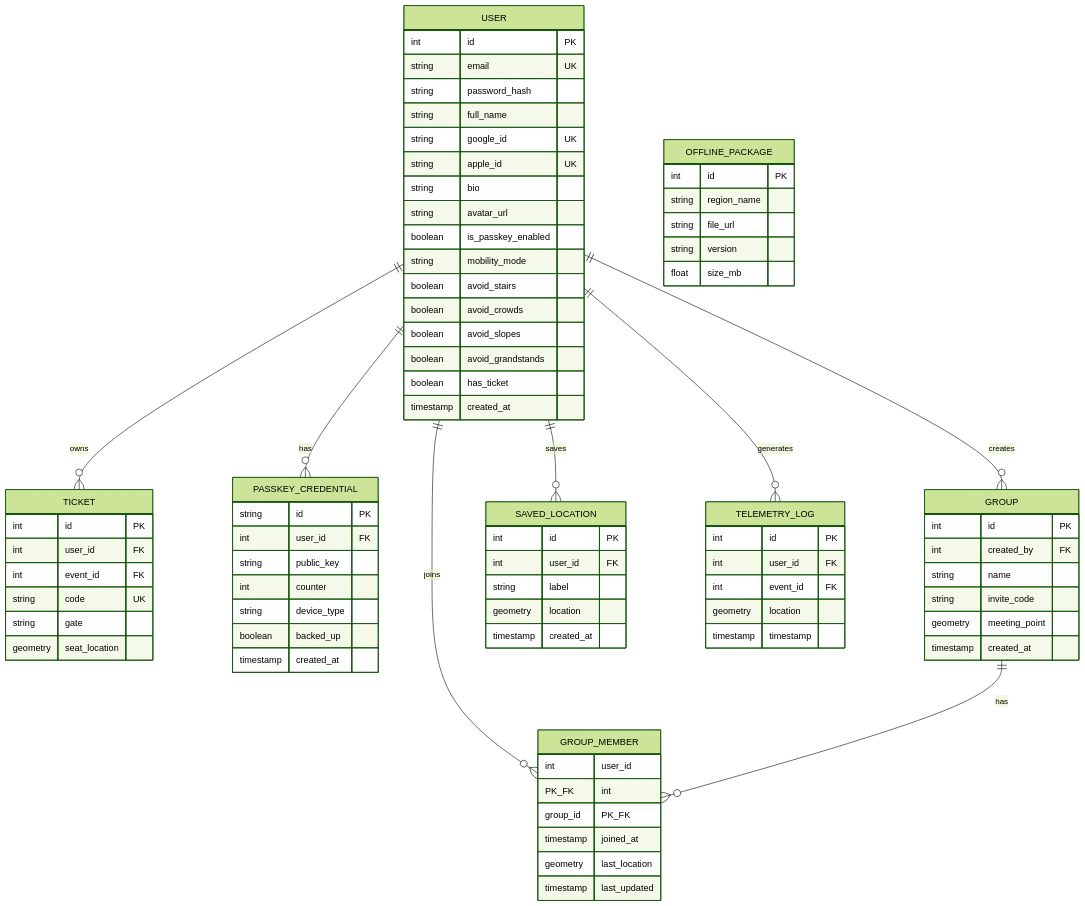
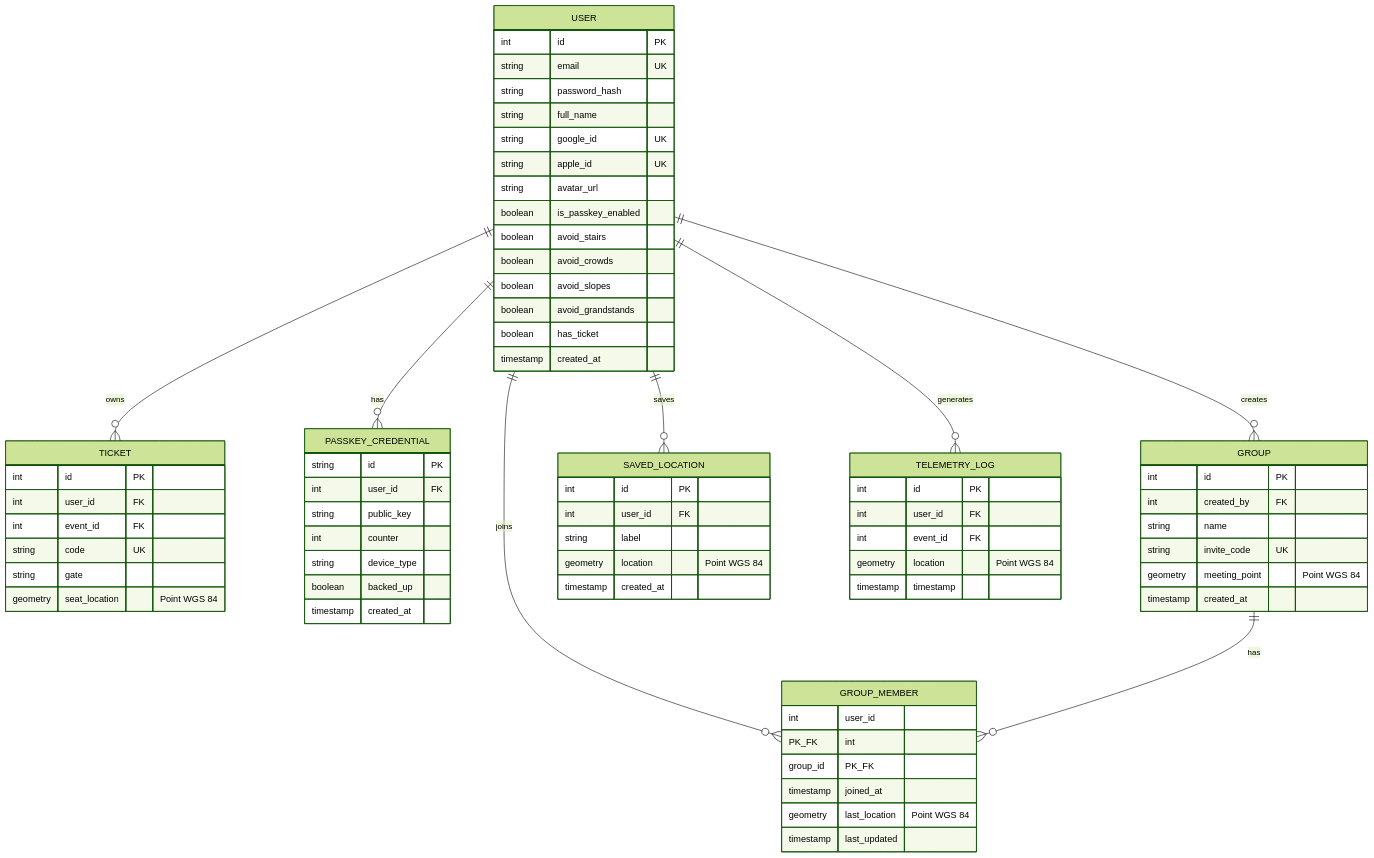
Before and after one commit to lattice-product-team/app_lattice_project: the second of 2 diagrams in apps/docs/pages/architecture/database-schema.mdx, drawn with Mermaid (forest theme). The commit also changed other lines of this file and 9 other files, not shown here.

Commit message:
docs: refactor and expand architectural documentation for class diagrams and monorepo structure

````diff
--- a/apps/docs/pages/architecture/database-schema.mdx
+++ b/apps/docs/pages/architecture/database-schema.mdx
@@ -79,10 +133,8 @@
         string full_name
         string google_id UK
         string apple_id UK
-        string bio
         string avatar_url
         boolean is_passkey_enabled
-        string mobility_mode
         boolean avoid_stairs
         boolean avoid_crowds
         boolean avoid_slopes
@@ -97,7 +149,7 @@
         int event_id FK
         string code UK
         string gate
-        geometry seat_location
+        geometry seat_location "Point WGS 84"
     }
 
     PASSKEY_CREDENTIAL {
@@ -114,8 +166,8 @@
         int id PK
         int created_by FK
         string name
-        string invite_code
-        geometry meeting_point
+        string invite_code UK
+        geometry meeting_point "Point WGS 84"
         timestamp created_at
     }
 
@@ -123,7 +175,7 @@
         int user_id PK_FK
         int group_id PK_FK
         timestamp joined_at
-        geometry last_location
+        geometry last_location "Point WGS 84"
         timestamp last_updated
     }
 
@@ -131,7 +183,7 @@
         int id PK
         int user_id FK
         string label
-        geometry location
+        geometry location "Point WGS 84"
         timestamp created_at
     }
 
@@ -139,15 +191,7 @@
         int id PK
         int user_id FK
         int event_id FK
-        geometry location
+        geometry location "Point WGS 84"
         timestamp timestamp
     }
-
-    OFFLINE_PACKAGE {
-        int id PK
-        string region_name
-        string file_url
-        string version
-        float size_mb
-    }
 ```
````
